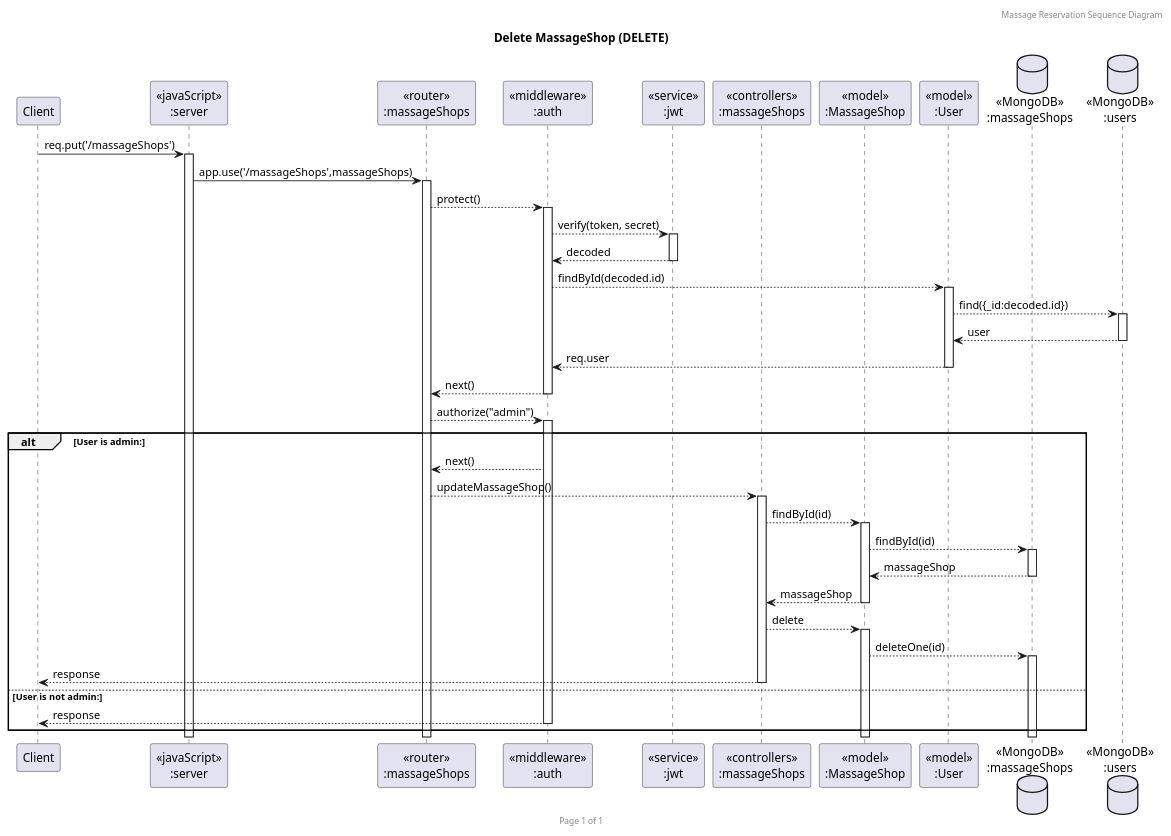
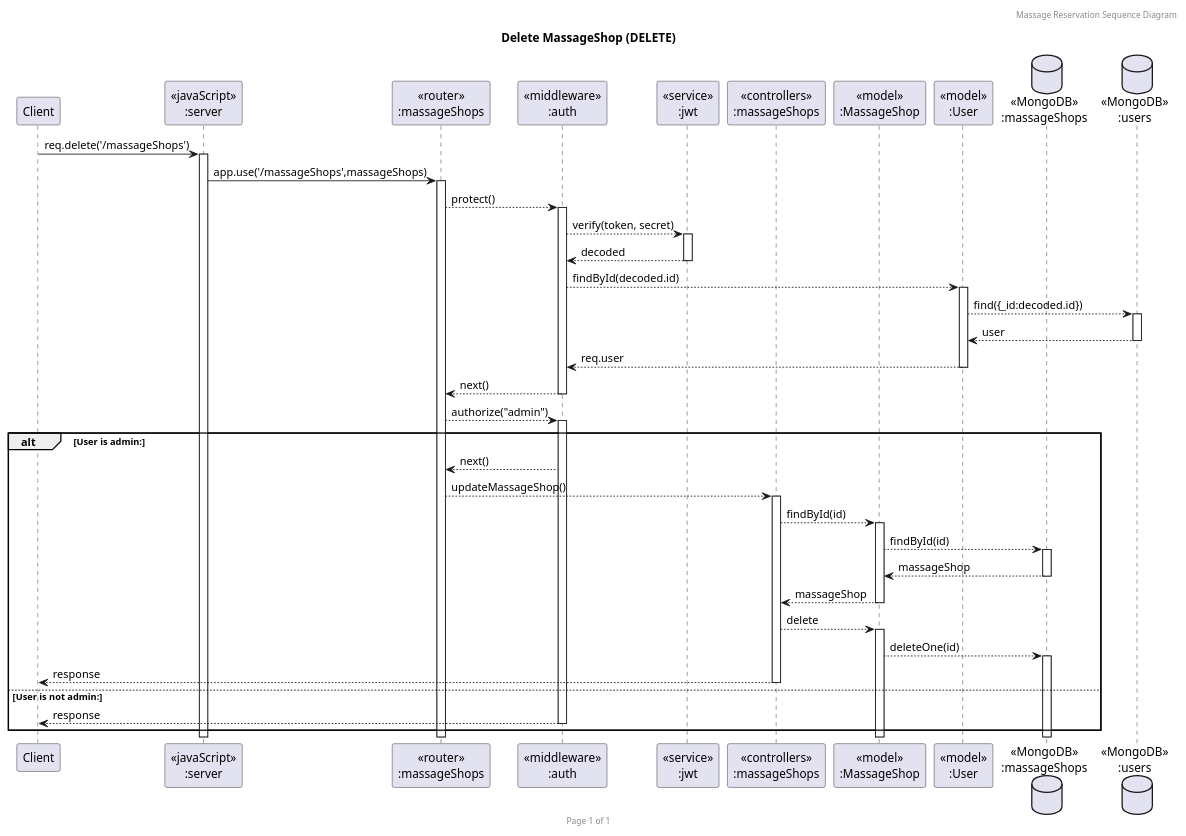
The diagram in diagrams/sequence-diagrams/massageShop/MsgRes_MsgShop_DELETE_delete.puml (papongun/SW-Dev-Backend-Project), drawn with PlantUML before and after one commit. The commit also changed 1 other file, not shown here.

```diff
--- a/diagrams/sequence-diagrams/massageShop/MsgRes_MsgShop_DELETE_delete.puml
+++ b/diagrams/sequence-diagrams/massageShop/MsgRes_MsgShop_DELETE_delete.puml
@@ -1,46 +1,46 @@
 @startuml Delete MassageShop (DELETE)
 
 header Massage Reservation Sequence Diagram
 footer Page %page% of %lastpage%
 title "Delete MassageShop (DELETE)"
 
 participant "Client" as client
 participant "<<javaScript>>\n:server" as server
 participant "<<router>>\n:massageShops" as routerMassageShops
 participant "<<middleware>>\n:auth" as middlewareAuth
 participant "<<service>>\n:jwt" as jwtAuth
 participant "<<controllers>>\n:massageShops" as controllersMassageShops
 participant "<<model>>\n:MassageShop" as modelMassageShop
 participant "<<model>>\n:User" as modelUser
 database "<<MongoDB>>\n:massageShops" as MassageShopsDatabase
 database "<<MongoDB>>\n:users" as UsersDatabase
 
-client->server ++:req.put('/massageShops')
+client->server ++:req.delete('/massageShops')
 server->routerMassageShops ++:app.use('/massageShops',massageShops)
 
 routerMassageShops --> middlewareAuth ++:protect()
 middlewareAuth --> jwtAuth ++:verify(token, secret)
 middlewareAuth <-- jwtAuth --:decoded
 middlewareAuth --> modelUser ++:findById(decoded.id)
 modelUser --> UsersDatabase ++: find({_id:decoded.id})
 modelUser <-- UsersDatabase --:user
 middlewareAuth <-- modelUser --:req.user
 routerMassageShops <-- middlewareAuth --:next()
 
 routerMassageShops --> middlewareAuth ++:authorize("admin")
 
 alt User is admin:
     routerMassageShops <-- middlewareAuth :next()
     routerMassageShops --> controllersMassageShops ++:updateMassageShop()
     controllersMassageShops --> modelMassageShop ++:findById(id)
     modelMassageShop --> MassageShopsDatabase ++:findById(id)
     modelMassageShop <-- MassageShopsDatabase --:massageShop
     controllersMassageShops <-- modelMassageShop --:massageShop
     controllersMassageShops --> modelMassageShop ++:delete
     modelMassageShop --> MassageShopsDatabase ++:deleteOne(id)
     client <-- controllersMassageShops --:response
 else User is not admin:
     client <-- middlewareAuth --:response
     end
 
 @enduml
```
